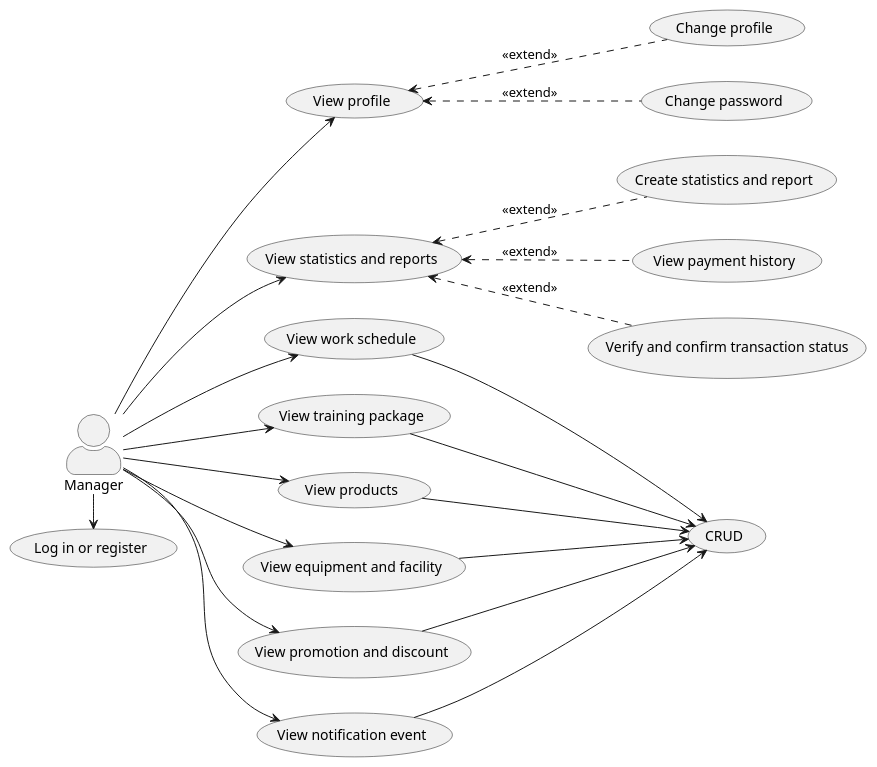
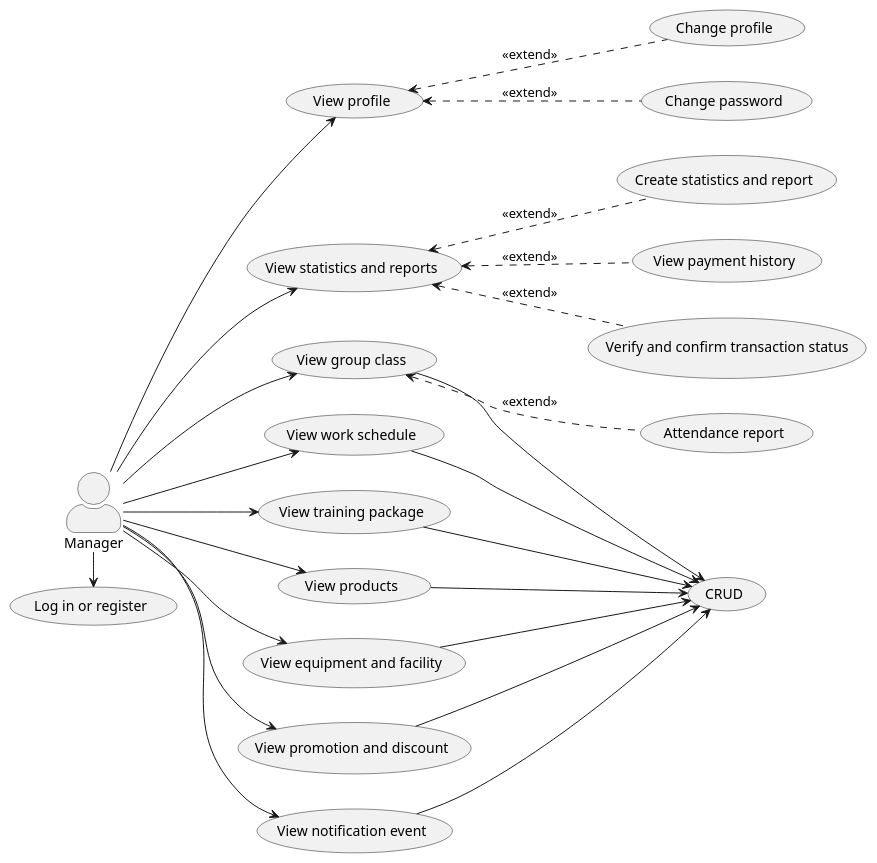
Before and after one commit to dungnguyen420/demo-swp: the fifth of 5 diagrams in docs/useCase.puml, drawn with PlantUML. The commit also changed other lines of this file, not shown here.

```diff
--- a/docs/useCase.puml
+++ b/docs/useCase.puml
@@ -73,36 +75,40 @@
 @startuml
 left to right direction
 skinparam actorStyle awesome
 
 actor "Manager" as manager
 
 manager -> (Log in or register)
 manager --> (View profile)
         (View profile) <.. (Change profile) : <<extend>>
         (View profile) <.. (Change password) : <<extend>>
 
 manager --> (View statistics and reports)
 (View statistics and reports) <.. (Create statistics and report) : <<extend>>
 (View statistics and reports) <.. (View payment history) : <<extend>>
 (View statistics and reports) <.. (Verify and confirm transaction status) : <<extend>>
+
+manager --> (View group class)
+(View group class) <.. (Attendance report): <<extend>>
+(View group class) --> (CRUD)
 
 manager --> (View work schedule)
 (View work schedule) --> (CRUD)
 
 manager --> (View training package)
 (View training package) --> (CRUD)
 
 
 manager --> (View products)
 (View products) --> (CRUD)
 
 manager --> (View equipment and facility)
 (View equipment and facility) --> (CRUD)
 
 manager --> (View promotion and discount)
 (View promotion and discount) --> (CRUD)
 
 manager --> (View notification event)
 (View notification event) --> (CRUD)
 
 @enduml
```
